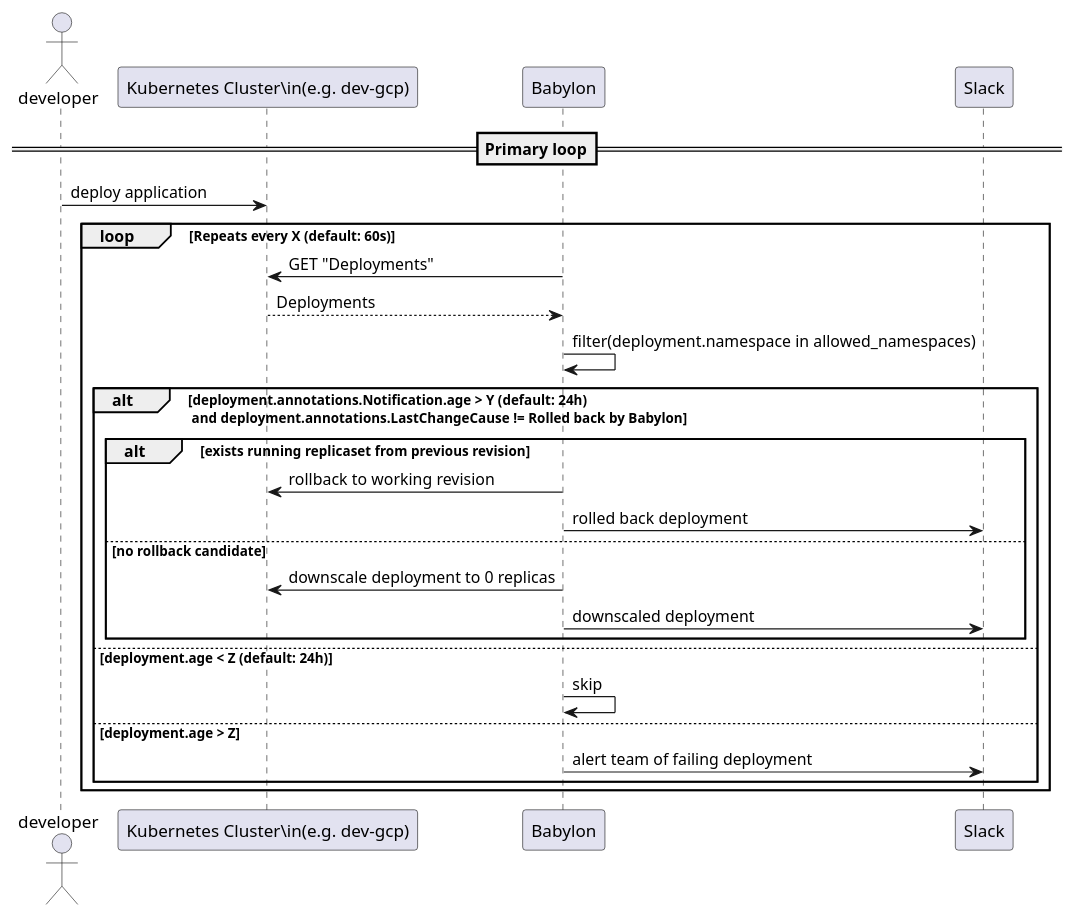
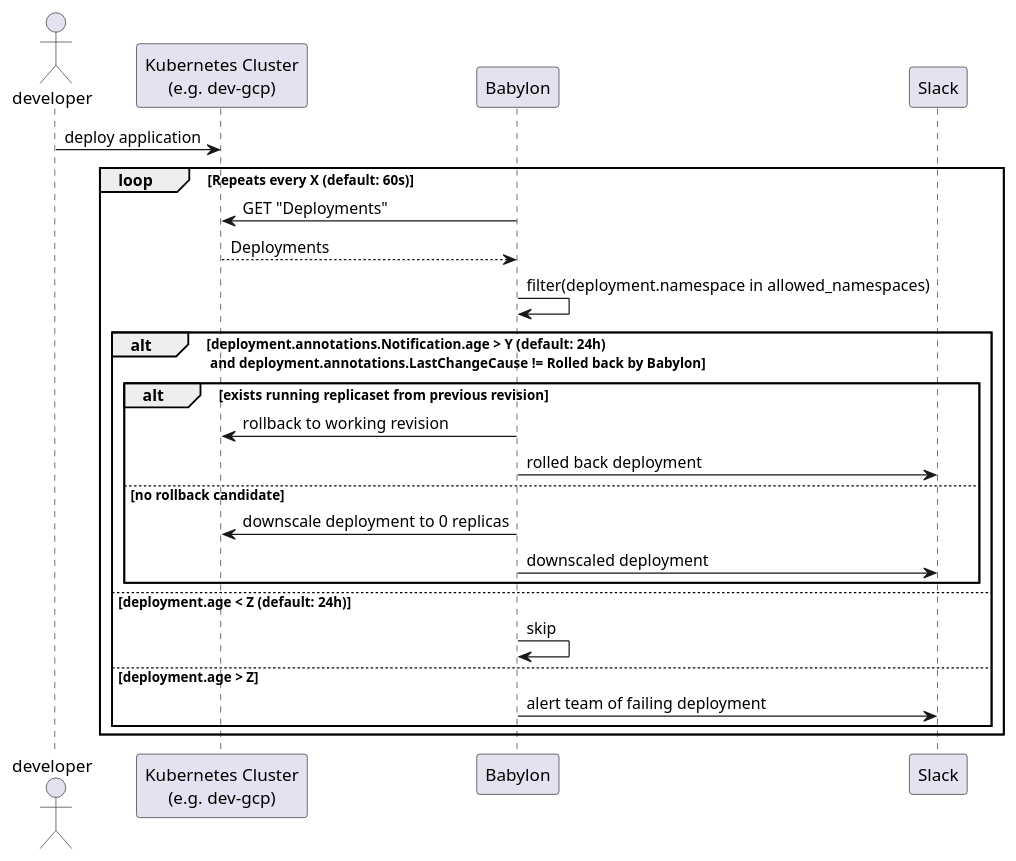
One commit to nais/babylon changed the diagram in docs/flow.puml. Above: the diagram before and after it, drawn with PlantUML. The commit also changed 1 other file, not shown here.

Commit message:
[ci skip] fixup diagram

```diff
--- a/docs/flow.puml
+++ b/docs/flow.puml
@@ -1,37 +1,37 @@
 @startuml babylon-flow 
 actor developer as developer
-participant k8s as "Kubernetes Cluster\in(e.g. dev-gcp)"
+participant k8s as "Kubernetes Cluster\n(e.g. dev-gcp)"
 participant babylon as "Babylon"
 participant alertmanager as "Slack"
-==Primary loop==
-developer -> k8s: deploy application 
+
+developer -> k8s: deploy application
 loop Repeats every X (default: 60s)
 babylon -> k8s: GET "Deployments"
 return Deployments
 babylon -> babylon: filter(deployment.namespace in allowed_namespaces)
 
 alt deployment.annotations.Notification.age > Y (default: 24h) \n and deployment.annotations.LastChangeCause != Rolled back by Babylon
 
     alt exists running replicaset from previous revision
         
         babylon -> k8s: rollback to working revision
         babylon -> alertmanager: rolled back deployment
 
     else no rollback candidate
 
         babylon -> k8s: downscale deployment to 0 replicas
         babylon -> alertmanager: downscaled deployment
 
     end
 
 else deployment.age < Z (default: 24h)
     
     babylon -> babylon: skip
 
 else deployment.age > Z
 
     babylon -> alertmanager: alert team of failing deployment
 end
 
 end
 @enduml
```
